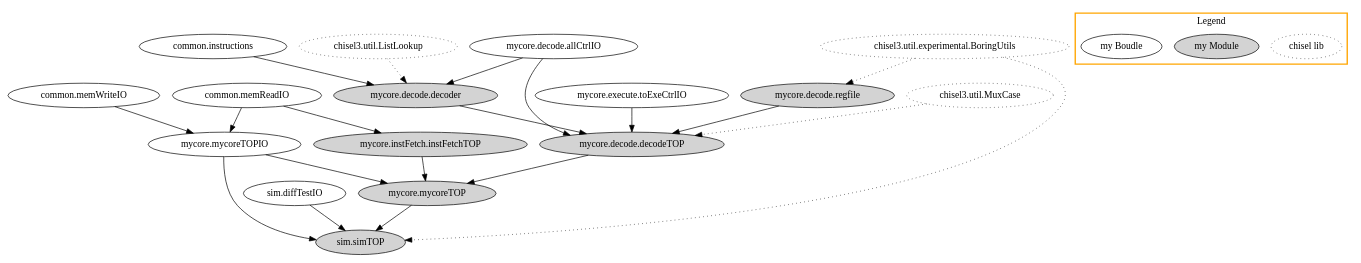
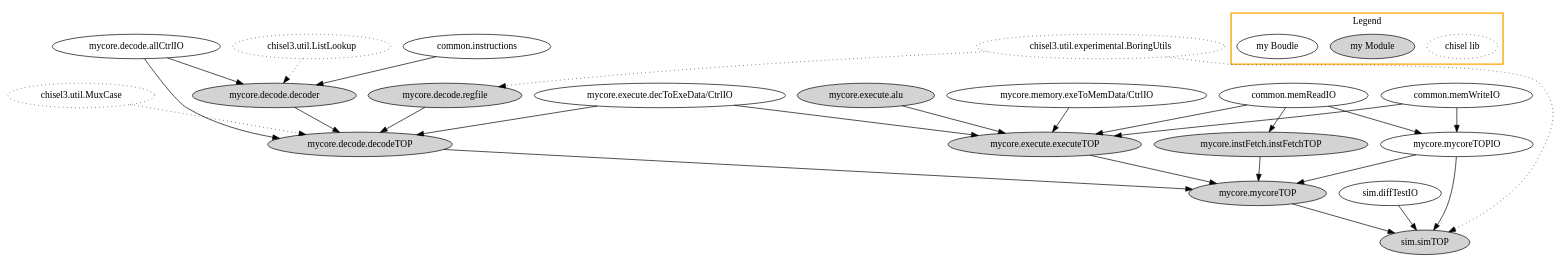
One commit to yuhengy/coredesign changed the diagram in documents/dependChain-chisel.gv. Above: the diagram before and after it, drawn with Graphviz. The commit also changed 13 other files, not shown here.

```diff
--- a/documents/dependChain-chisel.gv
+++ b/documents/dependChain-chisel.gv
@@ -1,52 +1,59 @@
 digraph G {
   //"common.configuration" -> "mycore.decode.regfile", "sim.diffTestIO", "common.memReadIO", "common.memWriteIO", "mycore.instFetch.instFetchTOP", "mycore.decode.decodeTOP";
   //"common.constants" -> "mycore.decode.regfile", "sim.diffTestIO", "mycore.instFetch.instFetchTOP", "mycore.decode.decoder", "mycore.decode.decodeTOP";
   "common.instructions" -> "mycore.decode.decoder";
   "mycore.decode.regfile" -> "mycore.decode.decodeTOP";
   "mycore.mycoreTOP" -> "sim.simTOP";
   "sim.diffTestIO" -> "sim.simTOP";
 
-  "common.memReadIO" -> "mycore.mycoreTOPIO", "mycore.instFetch.instFetchTOP";
-  "common.memWriteIO" -> "mycore.mycoreTOPIO";
+  "common.memReadIO" -> "mycore.mycoreTOPIO", "mycore.instFetch.instFetchTOP", "mycore.execute.executeTOP";
+  "common.memWriteIO" -> "mycore.mycoreTOPIO", "mycore.execute.executeTOP";
   "mycore.mycoreTOPIO" -> "mycore.mycoreTOP", "sim.simTOP";
 
   "chisel3.util.experimental.BoringUtils" [style=dotted];
   //"chisel3.util.log2Ceil" [style=dotted];
   "chisel3.util.ListLookup" [style=dotted];
   "chisel3.util.MuxCase" [style=dotted];
   "chisel3.util.experimental.BoringUtils" -> "mycore.decode.regfile", "sim.simTOP" [style=dotted];
   //"chisel3.util.log2Ceil" -> "common.constants" [style=dotted];
   "chisel3.util.ListLookup" -> "mycore.decode.decoder" [style=dotted];
   "chisel3.util.MuxCase" -> "mycore.decode.decodeTOP" [style=dotted];
 
   "sim.simTOP" [style=filled];
   "mycore.mycoreTOP" [style=filled];
   "mycore.instFetch.instFetchTOP" [style=filled];
   "mycore.decode.decodeTOP" [style=filled];
   "mycore.decode.regfile" [style=filled];
   "mycore.decode.decoder" [style=filled];
+  "mycore.execute.executeTOP" [style=filled];
+  "mycore.execute.alu" [style=filled];
   "mycore.instFetch.instFetchTOP" -> "mycore.mycoreTOP";
   "mycore.decode.decodeTOP" -> "mycore.mycoreTOP";
 
   "mycore.decode.allCtrlIO" -> "mycore.decode.decoder", "mycore.decode.decodeTOP";
   "mycore.decode.decoder" -> "mycore.decode.decodeTOP";
-  "mycore.execute.toExeCtrlIO" -> "mycore.decode.decodeTOP";
+
+  "mycore.execute.decToExeData/CtrlIO" -> "mycore.decode.decodeTOP", "mycore.execute.executeTOP";
+  "mycore.memory.exeToMemData/CtrlIO" -> "mycore.execute.executeTOP";
+
+  "mycore.execute.alu" -> "mycore.execute.executeTOP";
+  "mycore.execute.executeTOP" -> "mycore.mycoreTOP";
 
 
   // Legend
   subgraph cluster1 {
     "chisel lib" [style=dotted];
     "my Module" [style=filled];
     "my Boudle";
 
     label = "Legend";
     style=bold;
     color = "orange";
   }
 }
 
 // TODO: Add main Object `elaborate` which is runned by sbt to generate .v files.
 //       This will be helpful to keep *how sbt works* in mind .
 
 // NOTE: We ignore `chisel3._` for simplicity and ignore `scala.language.reflectiveCalls`
 // NOTE: We remove "common.configuration" and "common.constants" for simplicity.
```
